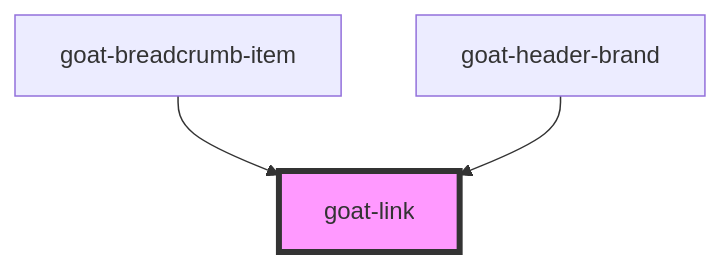
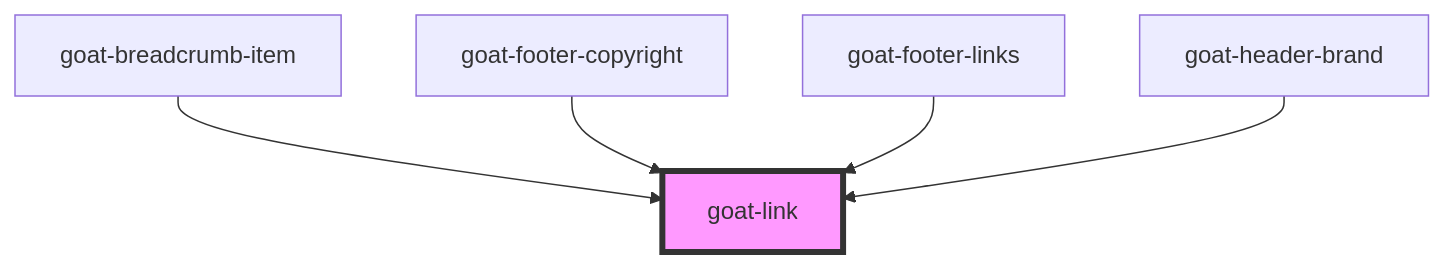
The diagram in src/components/link/readme.md (goatui/components), drawn with Mermaid before and after one commit. The commit also changed other lines of this file and 114 other files, not shown here.

````diff
--- a/src/components/link/readme.md
+++ b/src/components/link/readme.md
@@ -37,6 +39,8 @@
 ```mermaid
 graph TD;
   goat-breadcrumb-item --> goat-link
+  goat-footer-copyright --> goat-link
+  goat-footer-links --> goat-link
   goat-header-brand --> goat-link
   style goat-link fill:#f9f,stroke:#333,stroke-width:4px
 ```
````
